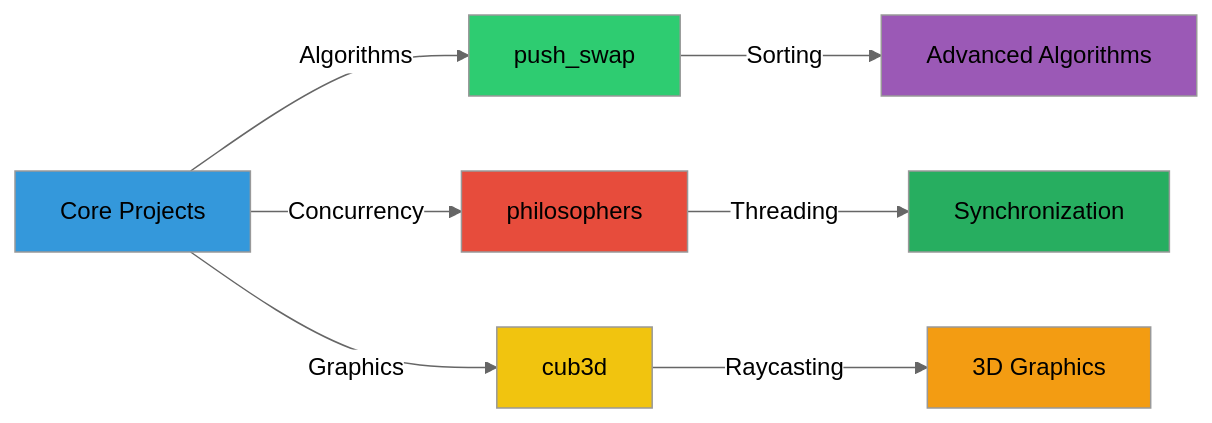
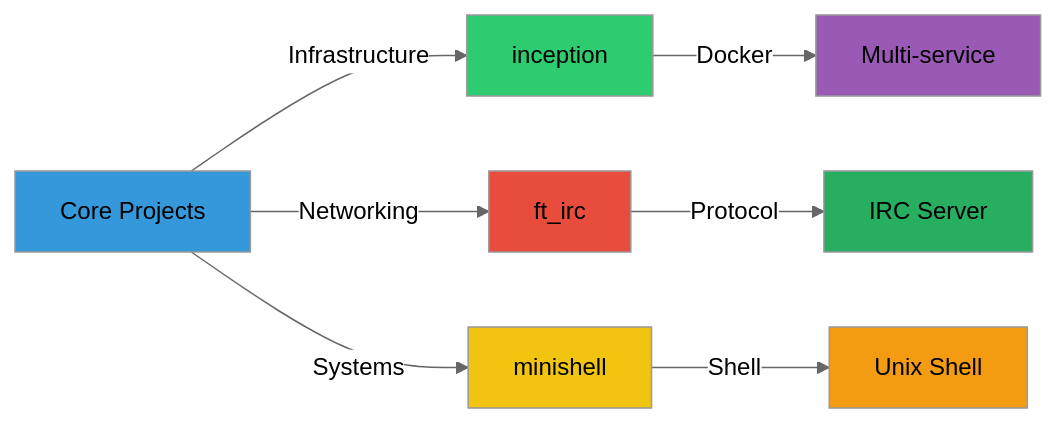
The eighth of 11 diagrams in README.md (cescanue/cescanue), drawn with Mermaid (neutral theme) before and after one commit. The commit also changed other lines of this file, not shown here.

````diff
--- a/README.md
+++ b/README.md
@@ -233,16 +230,16 @@
 ```mermaid
 graph LR
-    A[Core Projects] -->|Algorithms| B[push_swap]
-    A -->|Concurrency| C[philosophers]
-    A -->|Graphics| D[cub3d]
-    B -->|Sorting| E[Advanced Algorithms]
-    C -->|Threading| F[Synchronization]
-    D -->|Raycasting| G[3D Graphics]
+    A[Core Projects] -->|Infrastructure| B[inception]
+    A -->|Networking| C[ft_irc]
+    A -->|Systems| D[minishell]
+    B -->|Docker| E[Multi-service]
+    C -->|Protocol| F[IRC Server]
+    D -->|Shell| G[Unix Shell]
     style A fill:#3498db
     style B fill:#2ecc71
     style C fill:#e74c3c
     style D fill:#f1c40f
     style E fill:#9b59b6
     style F fill:#27ae60
     style G fill:#f39c12
 ```
````
